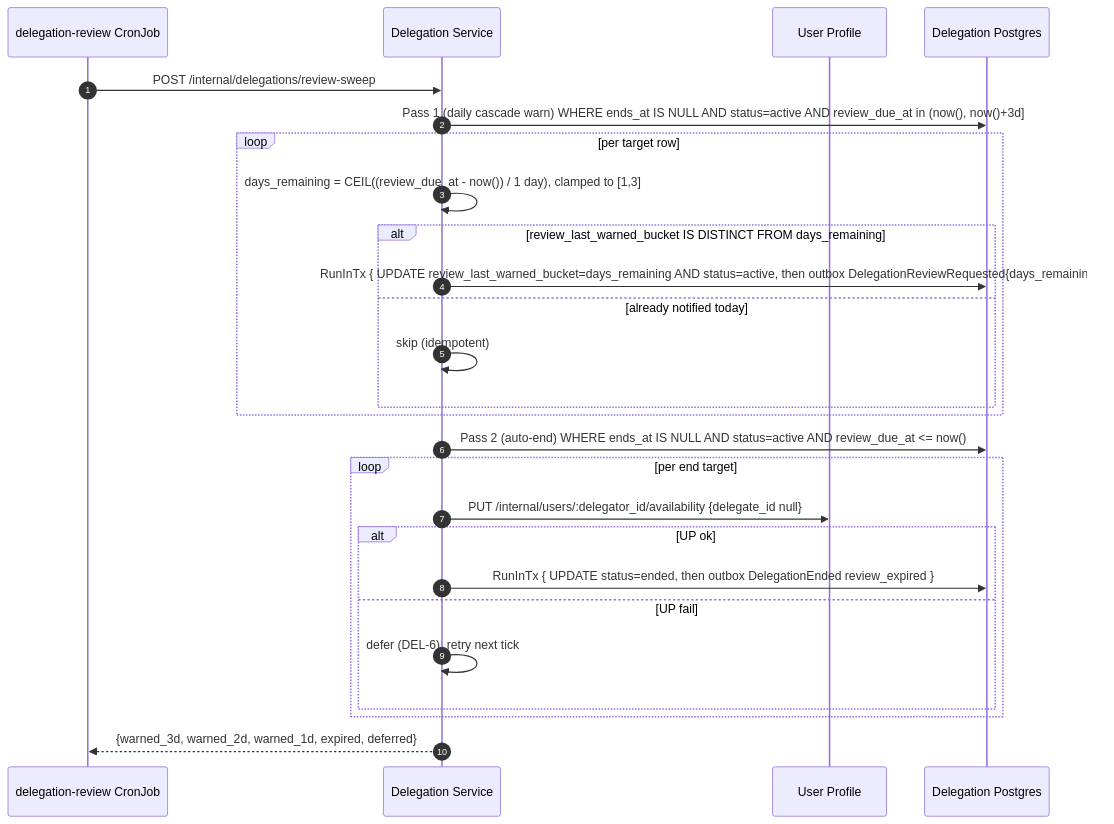
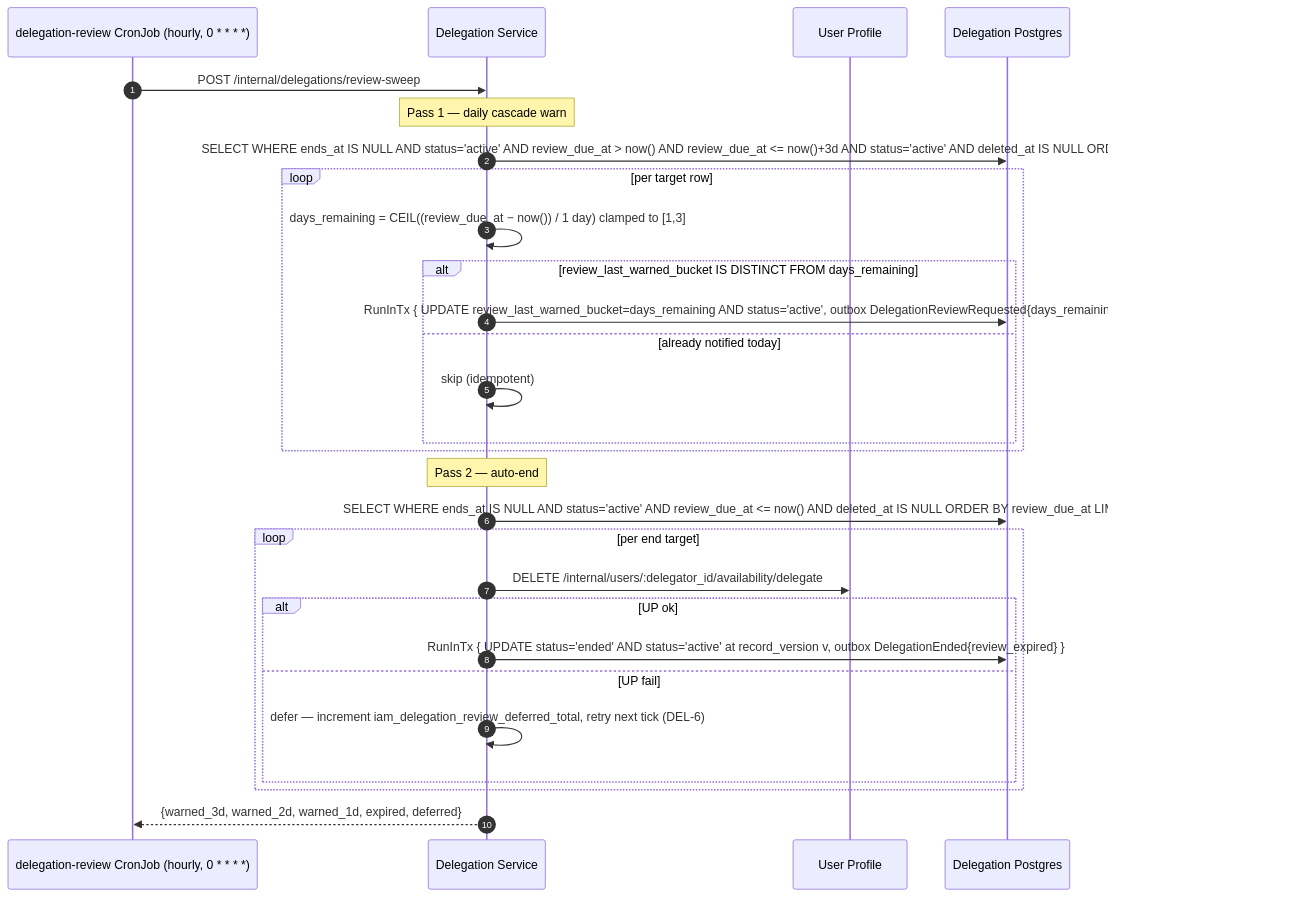
Before and after one commit to BCBP-SOLUTIONS-FZC-LLC/iam-delegation: the diagram in docs/architecture/mermaid/review-cron-flow.mmd, drawn with Mermaid. The commit also changed 48 other files, not shown here.

```diff
--- a/docs/architecture/mermaid/review-cron-flow.mmd
+++ b/docs/architecture/mermaid/review-cron-flow.mmd
@@ -1,27 +1,29 @@
 sequenceDiagram
     autonumber
-    participant CR as delegation-review CronJob
+    participant CR as delegation-review CronJob (hourly, 0 * * * *)
     participant DLG as Delegation Service
     participant UP as User Profile
     participant PG as Delegation Postgres
 
     CR->>DLG: POST /internal/delegations/review-sweep
-    DLG->>PG: Pass 1 (daily cascade warn) WHERE ends_at IS NULL AND status=active AND review_due_at in (now(), now()+3d]
+    Note over DLG: Pass 1 — daily cascade warn
+    DLG->>PG: SELECT WHERE ends_at IS NULL AND status='active' AND review_due_at > now() AND review_due_at <= now()+3d AND status='active' AND deleted_at IS NULL ORDER BY review_due_at LIMIT 100
     loop per target row
-        DLG->>DLG: days_remaining = CEIL((review_due_at - now()) / 1 day), clamped to [1,3]
+        DLG->>DLG: days_remaining = CEIL((review_due_at − now()) / 1 day) clamped to [1,3]
         alt review_last_warned_bucket IS DISTINCT FROM days_remaining
-            DLG->>PG: RunInTx { UPDATE review_last_warned_bucket=days_remaining AND status=active, then outbox DelegationReviewRequested{days_remaining} }
+            DLG->>PG: RunInTx { UPDATE review_last_warned_bucket=days_remaining AND status='active', outbox DelegationReviewRequested{days_remaining} }
         else already notified today
             DLG->>DLG: skip (idempotent)
         end
     end
-    DLG->>PG: Pass 2 (auto-end) WHERE ends_at IS NULL AND status=active AND review_due_at <= now()
+    Note over DLG: Pass 2 — auto-end
+    DLG->>PG: SELECT WHERE ends_at IS NULL AND status='active' AND review_due_at <= now() AND deleted_at IS NULL ORDER BY review_due_at LIMIT 100
     loop per end target
-        DLG->>UP: PUT /internal/users/:delegator_id/availability {delegate_id null}
+        DLG->>UP: DELETE /internal/users/:delegator_id/availability/delegate
         alt UP ok
-            DLG->>PG: RunInTx { UPDATE status=ended, then outbox DelegationEnded review_expired }
+            DLG->>PG: RunInTx { UPDATE status='ended' AND status='active' at record_version v, outbox DelegationEnded{review_expired} }
         else UP fail
-            DLG->>DLG: defer (DEL-6), retry next tick
+            DLG->>DLG: defer — increment iam_delegation_review_deferred_total, retry next tick (DEL-6)
         end
     end
     DLG-->>CR: {warned_3d, warned_2d, warned_1d, expired, deferred}
```
